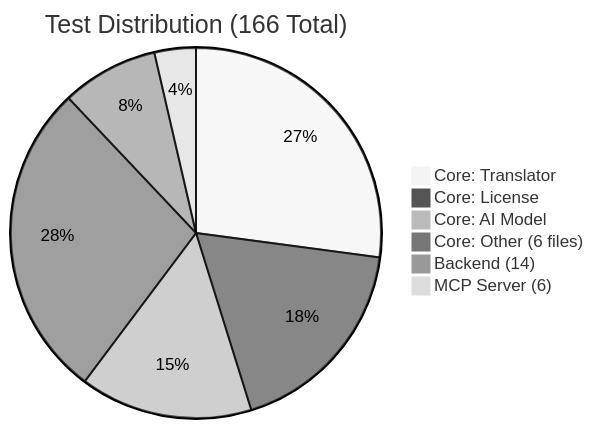
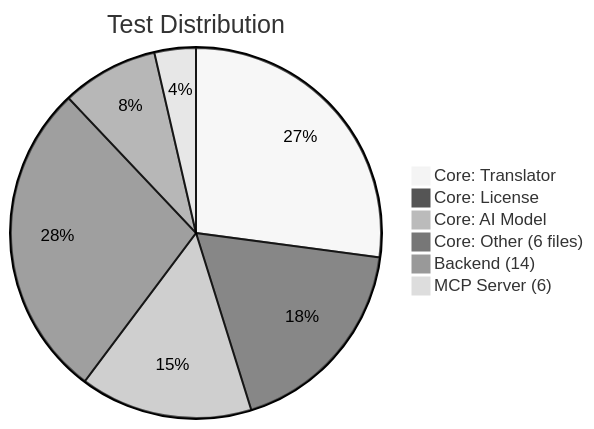
The seventh of 9 diagrams in README.md (ahmdelbaz28-ux/rewrite), drawn with Mermaid (neutral theme) before and after one commit. The commit also changed other lines of this file, not shown here.

````diff
--- a/README.md
+++ b/README.md
@@ -1002,9 +1366,9 @@
 ```mermaid
-pie title Test Distribution (166 Total)
+pie title Test Distribution
     "Core: Translator" : 45
     "Core: License" : 30
     "Core: AI Model" : 25
     "Core: Other (6 files)" : 46
     "Backend (14)" : 14
     "MCP Server (6)" : 6
 ```
````
